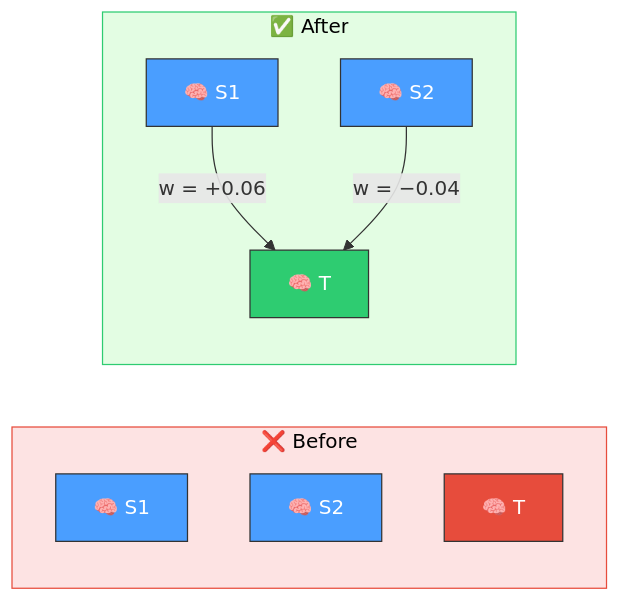
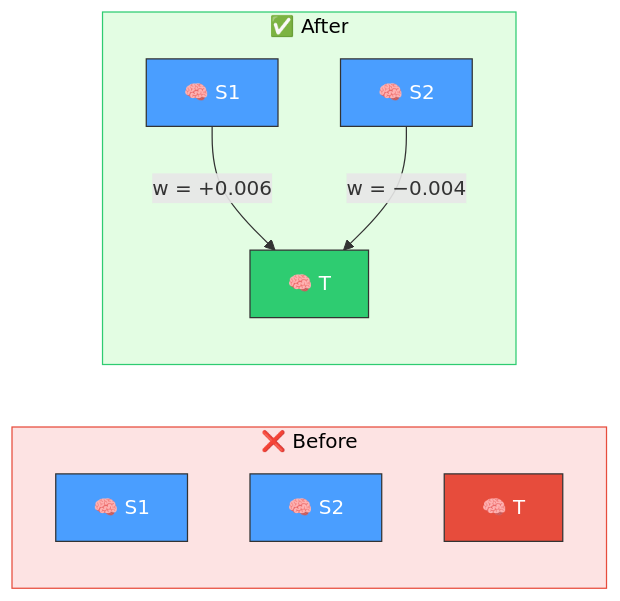
One commit to stSoftwareAU/NEAT-AI-Discovery changed the fifth of 5 diagrams in docs/discoveries/add-synapse.md. Above: the diagram before and after it, drawn with Mermaid. The commit also changed other lines of this file and 9 other files, not shown here.

````diff
--- a/docs/discoveries/add-synapse.md
+++ b/docs/discoveries/add-synapse.md
@@ -140,25 +140,25 @@
 ```mermaid
 graph LR
     subgraph before ["❌ Before"]
         S1_b["🧠 S1"]
         S2_b["🧠 S2"]
         T_b["🧠 T"]
     end
 
     subgraph after ["✅ After"]
         S1_a["🧠 S1"]
         S2_a["🧠 S2"]
         T_a["🧠 T"]
-        S1_a -- "w = +0.06" --> T_a
-        S2_a -- "w = −0.04" --> T_a
+        S1_a -- "w = +0.006" --> T_a
+        S2_a -- "w = −0.004" --> T_a
     end
 
     style S1_b fill:#4a9eff,stroke:#333,color:#fff
     style S2_b fill:#4a9eff,stroke:#333,color:#fff
     style T_b fill:#e74c3c,stroke:#333,color:#fff
     style S1_a fill:#4a9eff,stroke:#333,color:#fff
     style S2_a fill:#4a9eff,stroke:#333,color:#fff
     style T_a fill:#2ecc71,stroke:#333,color:#fff
     style before fill:#fde3e3,stroke:#e74c3c,color:#000
     style after fill:#e3fde3,stroke:#2ecc71,color:#000
 ```
````
